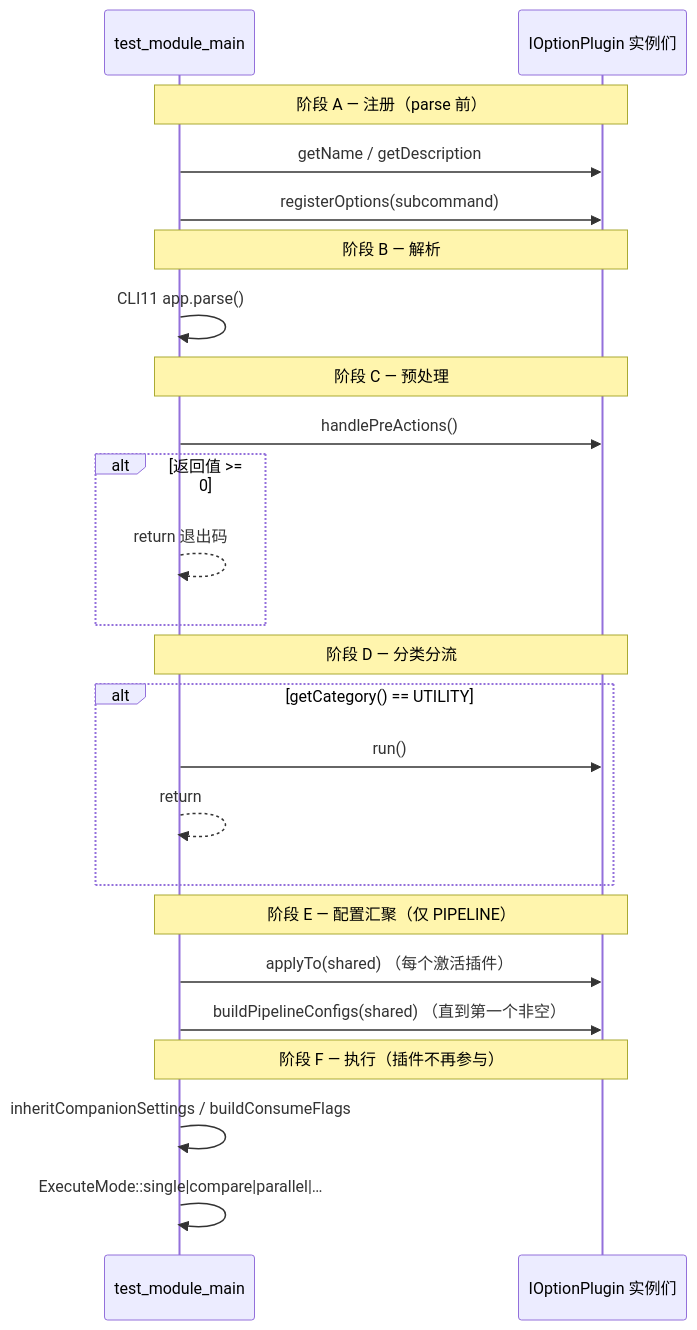
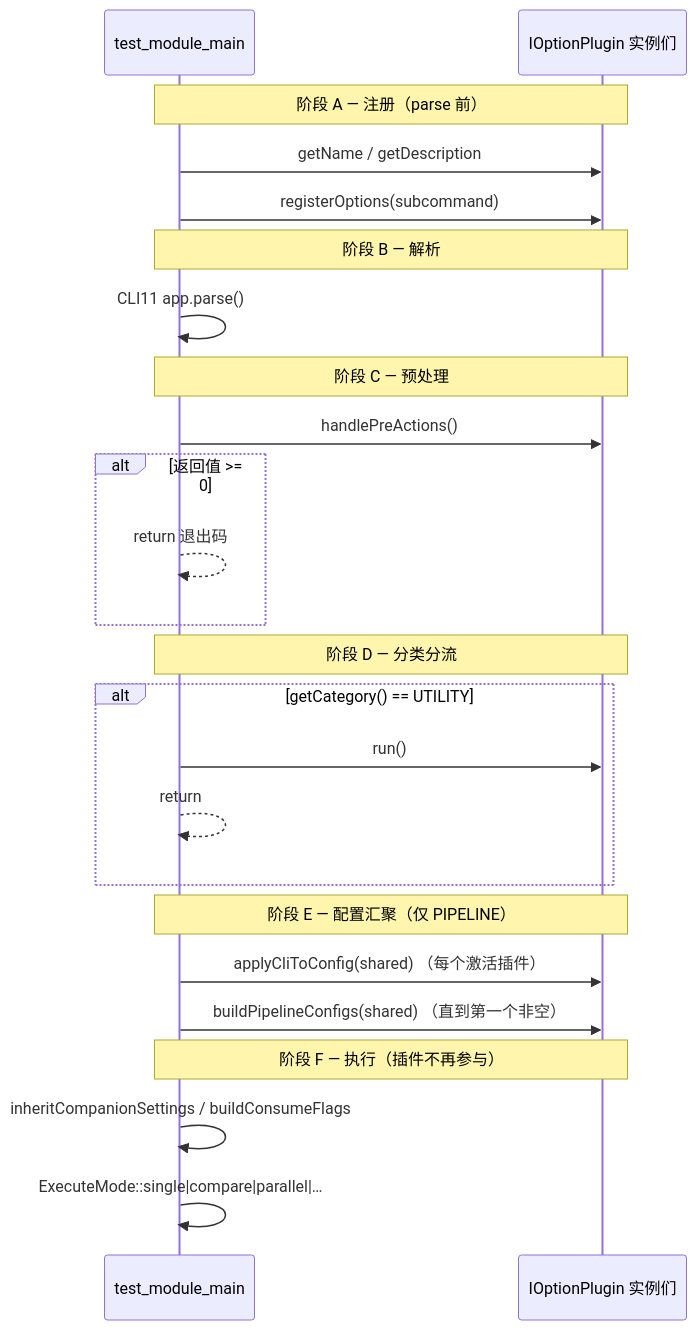
The diagram in doc/wiki/IOptionPlugin-Interface.md (luoxiafeng-1990/components), drawn with Mermaid before and after one commit. The commit also changed other lines of this file and 40 other files, not shown here.

First line of the commit message:
refactor(plugins): rename applyTo → applyCliToConfig

````diff
--- a/doc/wiki/IOptionPlugin-Interface.md
+++ b/doc/wiki/IOptionPlugin-Interface.md
@@ -164,32 +165,32 @@
 ```mermaid
 sequenceDiagram
   participant Main as test_module_main
   participant P as IOptionPlugin 实例们
 
   Note over Main,P: 阶段 A — 注册（parse 前）
   Main->>P: getName / getDescription
   Main->>P: registerOptions(subcommand)
 
   Note over Main,P: 阶段 B — 解析
   Main->>Main: CLI11 app.parse()
 
   Note over Main,P: 阶段 C — 预处理
   Main->>P: handlePreActions()
   alt 返回值 >= 0
     Main-->>Main: return 退出码
   end
 
   Note over Main,P: 阶段 D — 分类分流
   alt getCategory() == UTILITY
     Main->>P: run()
     Main-->>Main: return
   end
 
   Note over Main,P: 阶段 E — 配置汇聚（仅 PIPELINE）
-  Main->>P: applyTo(shared) （每个激活插件）
+  Main->>P: applyCliToConfig(shared) （每个激活插件）
   Main->>P: buildPipelineConfigs(shared) （直到第一个非空）
 
   Note over Main,P: 阶段 F — 执行（插件不再参与）
   Main->>Main: inheritCompanionSettings / buildConsumeFlags
   Main->>Main: ExecuteMode::single|compare|parallel|…
 ```
````
